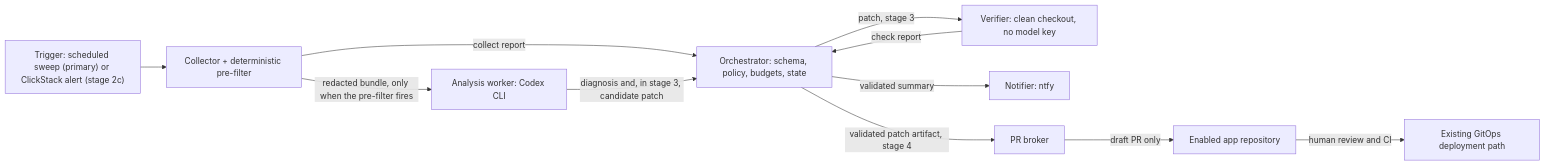
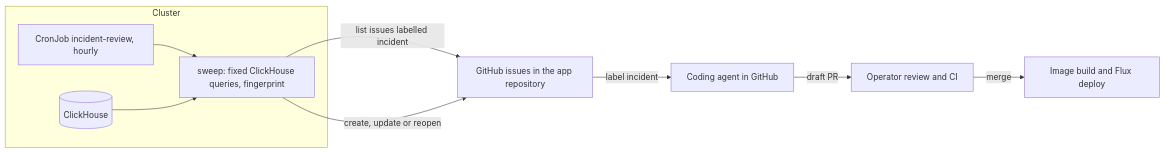
One commit to samclement/swhurl-platform changed the fourth of 4 diagrams in docs/plan.md. Above: the diagram before and after it, drawn with Mermaid. The commit also changed other lines of this file and 3 other files, not shown here.

First line of the commit message:
Redesign incident review around GitHub issues (plan section 14)

````diff
--- a/docs/plan.md
+++ b/docs/plan.md
@@ -464,13 +460,12 @@
 ```mermaid
 flowchart LR
-    signal["Trigger: scheduled sweep (primary) or ClickStack alert (stage 2c)"] --> collect["Collector + deterministic pre-filter"]
-    collect -->|collect report| gate[Orchestrator: schema, policy, budgets, state]
-    collect -->|redacted bundle, only when the pre-filter fires| review[Analysis worker: Codex CLI]
-    review -->|diagnosis and, in stage 3, candidate patch| gate
-    gate -->|patch, stage 3| verify[Verifier: clean checkout, no model key]
-    verify -->|check report| gate
-    gate -->|validated summary| notify[Notifier: ntfy]
-    gate -->|validated patch artifact, stage 4| broker[PR broker]
-    broker -->|draft PR only| repo[Enabled app repository]
-    repo -->|human review and CI| merge[Existing GitOps deployment path]
+    subgraph cluster[Cluster]
+        cron[CronJob incident-review, hourly] --> sweep[sweep: fixed ClickHouse queries, fingerprint]
+        ch[(ClickHouse)] --> sweep
+    end
+    sweep -->|list issues labelled incident| gh[GitHub issues in the app repository]
+    sweep -->|create, update or reopen| gh
+    gh -->|label incident| agent[Coding agent in GitHub]
+    agent -->|draft PR| review[Operator review and CI]
+    review -->|merge| flux[Image build and Flux deploy]
 ```
````
